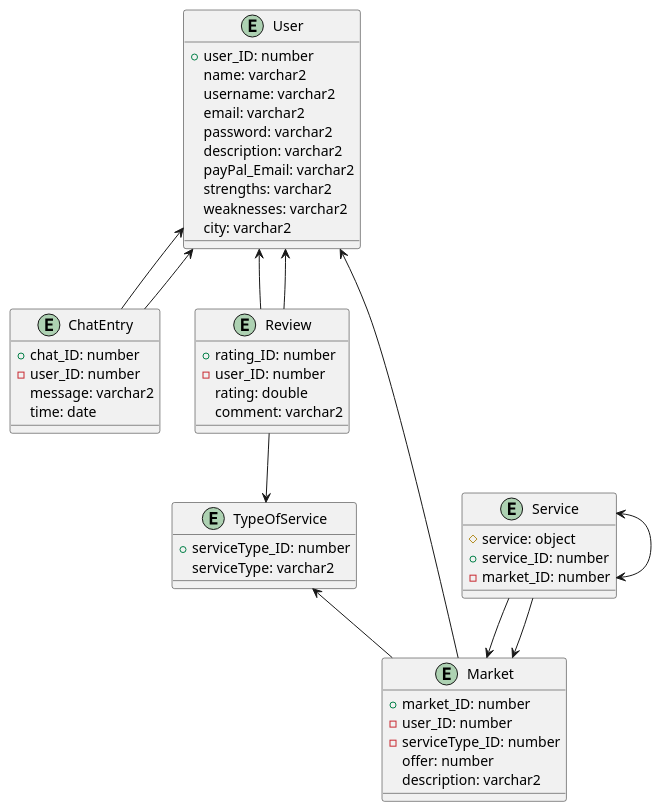
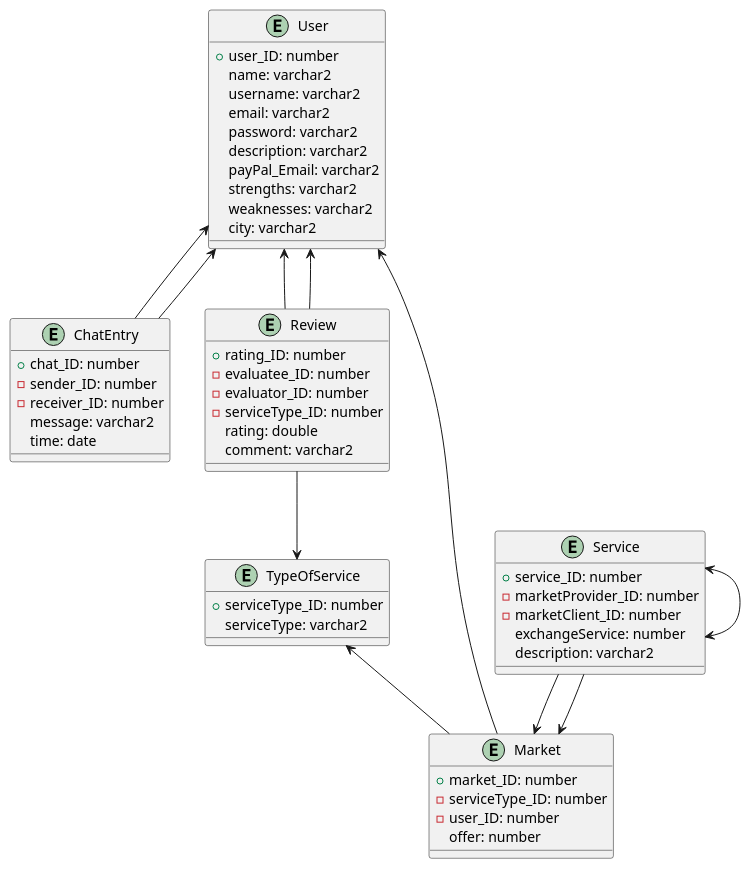
The third of 3 diagrams in documenation/Project_Description.adoc (2425-4chif-syp/01-projekte-d4d), drawn with PlantUML before and after one commit.

Commit message:
docs: Correcting ERD #d4d-24

```diff
--- a/documenation/Project_Description.adoc
+++ b/documenation/Project_Description.adoc
@@ -117,61 +117,65 @@
 ["plantuml"]
 ----
 @startuml
 entity "User" as User {
 +user_ID: number
 name: varchar2
 username: varchar2
 email: varchar2
 password: varchar2
 description: varchar2
 payPal_Email: varchar2
 strengths: varchar2
 weaknesses: varchar2
 city: varchar2
 }
 
 entity "TypeOfService" as TypeOfService {
 +serviceType_ID: number
 serviceType: varchar2
 }
 
 entity "Service" as Service {
-#service: object
 +service_ID: number
--market_ID: number
+-marketProvider_ID: number
+-marketClient_ID: number
+exchangeService: number
+description: varchar2
 }
 
 entity "Market" as Market {
 +market_ID: number
+-serviceType_ID: number
 -user_ID: number
--serviceType_ID: number
 offer: number
-description: varchar2
 }
 
 entity "ChatEntry" as ChatEntry {
 +chat_ID: number
--user_ID: number
+-sender_ID: number
+-receiver_ID: number
 message: varchar2
 time: date
 }
 
 entity "Review" as Review {
 +rating_ID: number
--user_ID: number
+-evaluatee_ID: number
+-evaluator_ID: number
+-serviceType_ID: number
 rating: double
 comment: varchar2
 }
 
 User <-- ChatEntry
 User <-- Review
 User <-- Review
 Review --> TypeOfService
 ChatEntry --> User
 TypeOfService <-- Market
 Service --> Market
 Service --> Market
 Service <--> Service
 Market --> User
 @enduml
 ----
```
